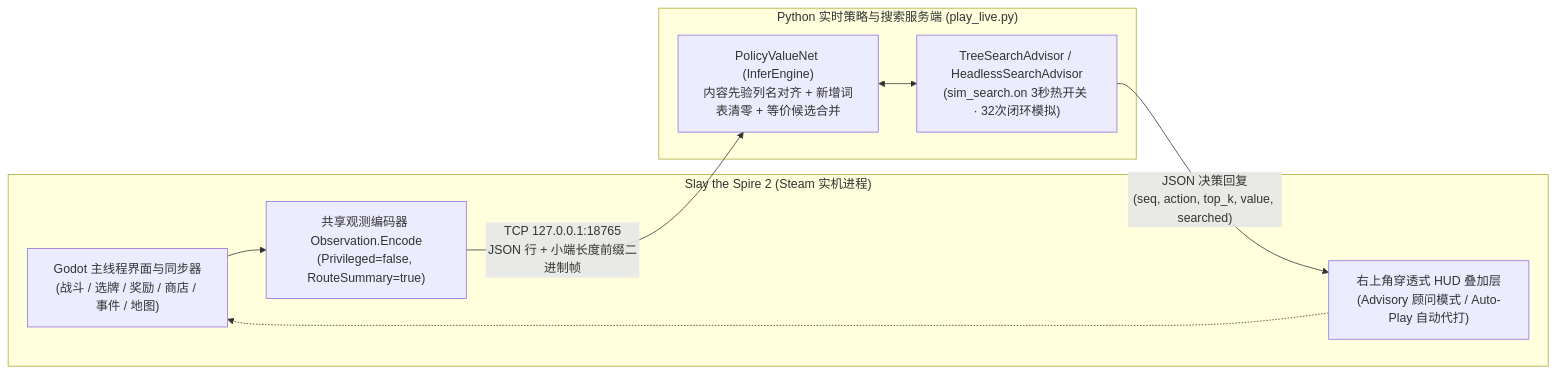
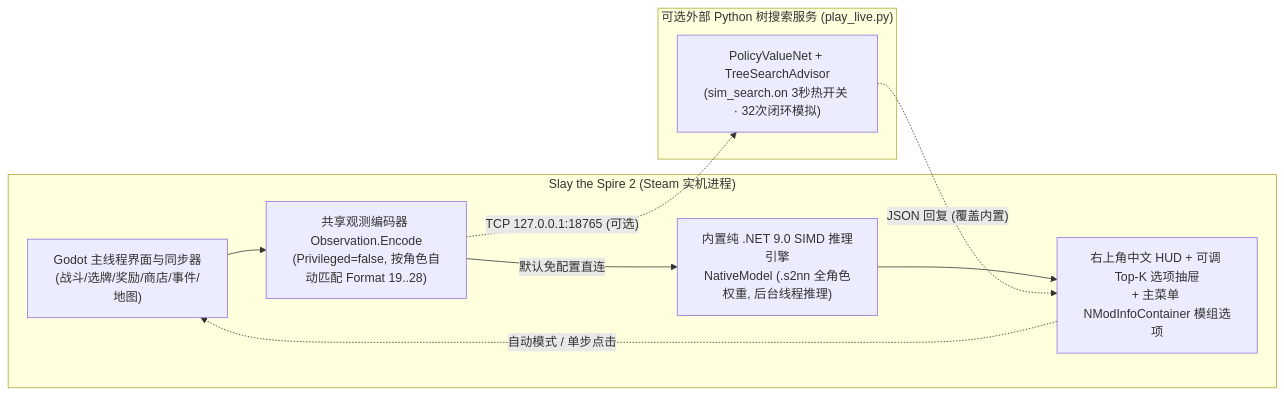
The diagram in README.md (albaruzz/sts2-alphadefect-bridge), drawn with Mermaid before and after one commit. The commit also changed other lines of this file and 15 other files, not shown here.

Commit message:
Release v1.1.0: Built-in .NET SIMD NativeModel (.s2nn), ModdingScreen & HUD Top-K/Auto options UI

````diff
--- a/README.md
+++ b/README.md
@@ -30,19 +94,20 @@
 ```mermaid
 flowchart LR
     subgraph Game["Slay the Spire 2 (Steam 实机进程)"]
-        UI["Godot 主线程界面与同步器<br/>(战斗 / 选牌 / 奖励 / 商店 / 事件 / 地图)"]
-        OBS["共享观测编码器 Observation.Encode<br/>(Privileged=false, RouteSummary=true)"]
-        HUD["右上角穿透式 HUD 叠加层<br/>(Advisory 顾问模式 / Auto-Play 自动代打)"]
+        UI["Godot 主线程界面与同步器<br/>(战斗/选牌/奖励/商店/事件/地图)"]
+        OBS["共享观测编码器 Observation.Encode<br/>(Privileged=false, 按角色自动匹配 Format 19..28)"]
+        NATIVE["内置纯 .NET 9.0 SIMD 推理引擎<br/>NativeModel (.s2nn 全角色权重, 后台线程推理)"]
+        HUD["右上角中文 HUD + 可调 Top-K 选项抽屉<br/>+ 主菜单 NModInfoContainer 模组选项"]
         UI --> OBS
-        HUD -.-> UI
+        OBS -- "默认免配置直连" --> NATIVE
+        NATIVE --> HUD
+        HUD -. "自动模式 / 单步点击" .-> UI
     end
 
-    subgraph Py["Python 实时策略与搜索服务端 (play_live.py)"]
-        NET["PolicyValueNet (InferEngine)<br/>内容先验列名对齐 + 新增词表清零 + 等价候选合并"]
-        TREE["TreeSearchAdvisor / HeadlessSearchAdvisor<br/>(sim_search.on 3秒热开关 · 32次闭环模拟)"]
-        NET <--> TREE
+    subgraph Py["可选外部 Python 树搜索服务 (play_live.py)"]
+        TREE["PolicyValueNet + TreeSearchAdvisor<br/>(sim_search.on 3秒热开关 · 32次闭环模拟)"]
     end
 
-    OBS -- "TCP 127.0.0.1:18765<br/>JSON 行 + 小端长度前缀二进制帧" --> NET
-    TREE -- "JSON 决策回复<br/>(seq, action, top_k, value, searched)" --> HUD
+    OBS -. "TCP 127.0.0.1:18765 (可选)" .-> TREE
+    TREE -. "JSON 回复 (覆盖内置)" .-> HUD
 ```
````
